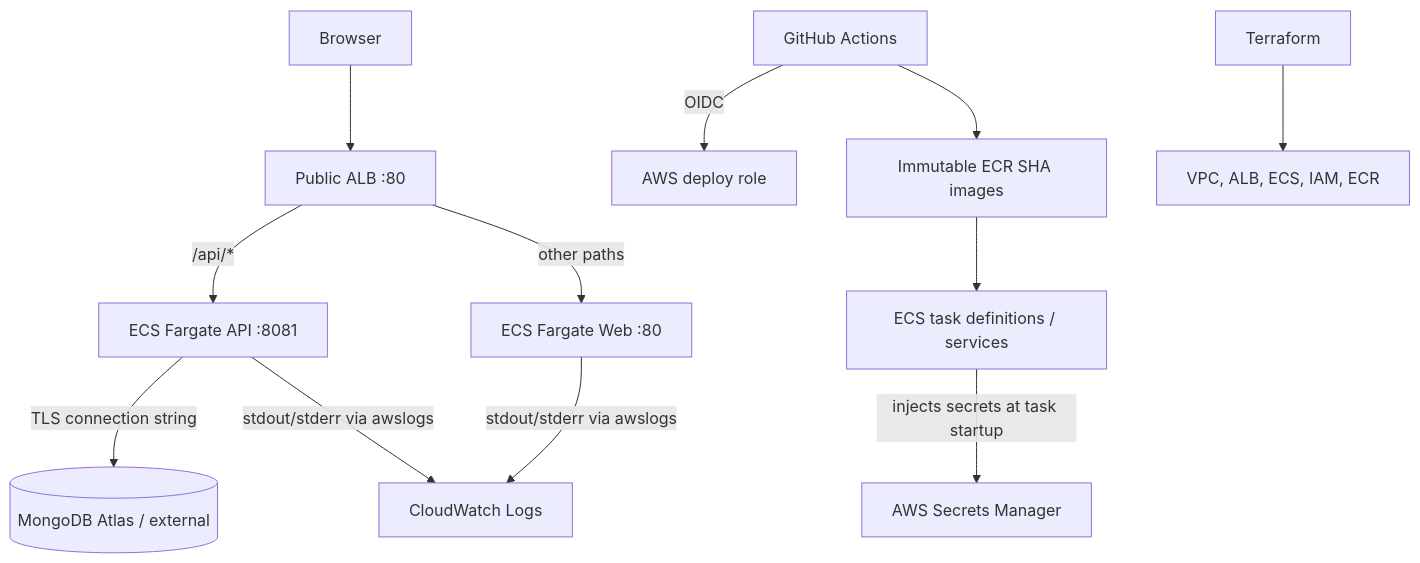
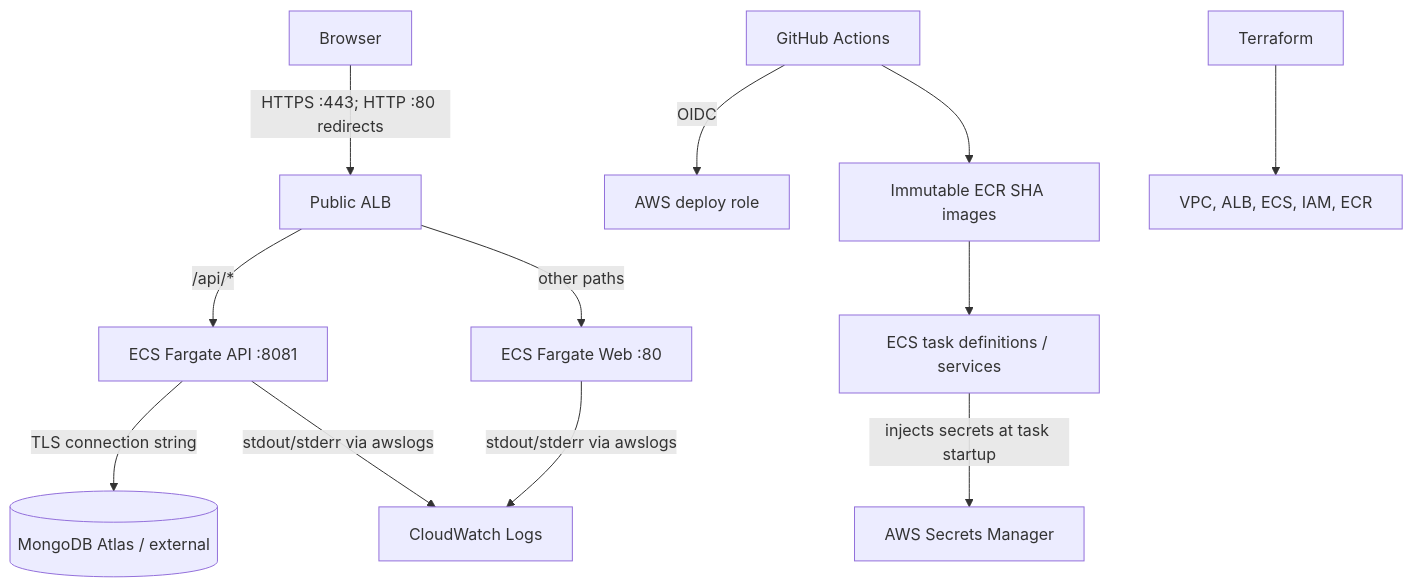
Before and after one commit to S-charan120/homaid-aws-ecs: the diagram in docs/architecture.md, drawn with Mermaid. The commit also changed other lines of this file, not shown here.

Commit message:
docs: align ECS architecture with HTTPS listeners

````diff
--- a/docs/architecture.md
+++ b/docs/architecture.md
@@ -12,14 +12,14 @@
 ```mermaid
 flowchart TB
-    Browser[Browser] --> ALB[Public ALB :80]
+    Browser[Browser] -->|HTTPS :443; HTTP :80 redirects| ALB[Public ALB]
     ALB -->|/api/*| API[ECS Fargate API :8081]
     ALB -->|other paths| Web[ECS Fargate Web :80]
     API -->|TLS connection string| Mongo[(MongoDB Atlas / external)]
     ECS[ECS tasks / execution role] -->|injects secrets at task startup| Secrets[AWS Secrets Manager]
     API -->|stdout/stderr via awslogs| Logs[CloudWatch Logs]
     Web -->|stdout/stderr via awslogs| Logs
     GH[GitHub Actions] -->|OIDC| IAM[AWS deploy role]
     GH --> ECR[Immutable ECR SHA images]
     ECR --> ECS[ECS task definitions / services]
     TF[Terraform] --> VPC[VPC, ALB, ECS, IAM, ECR]
 ```
````
